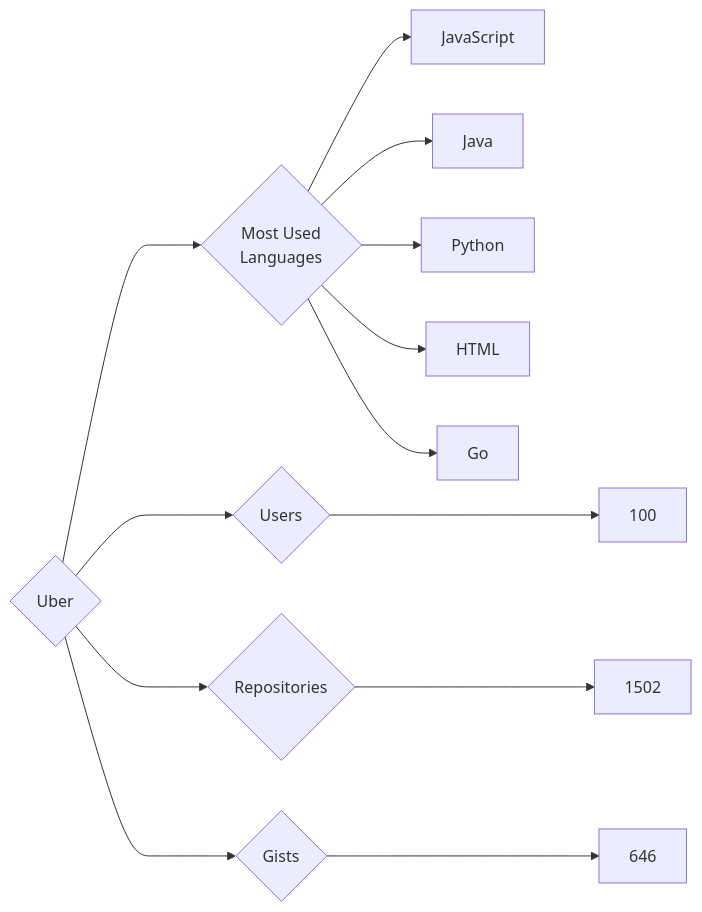
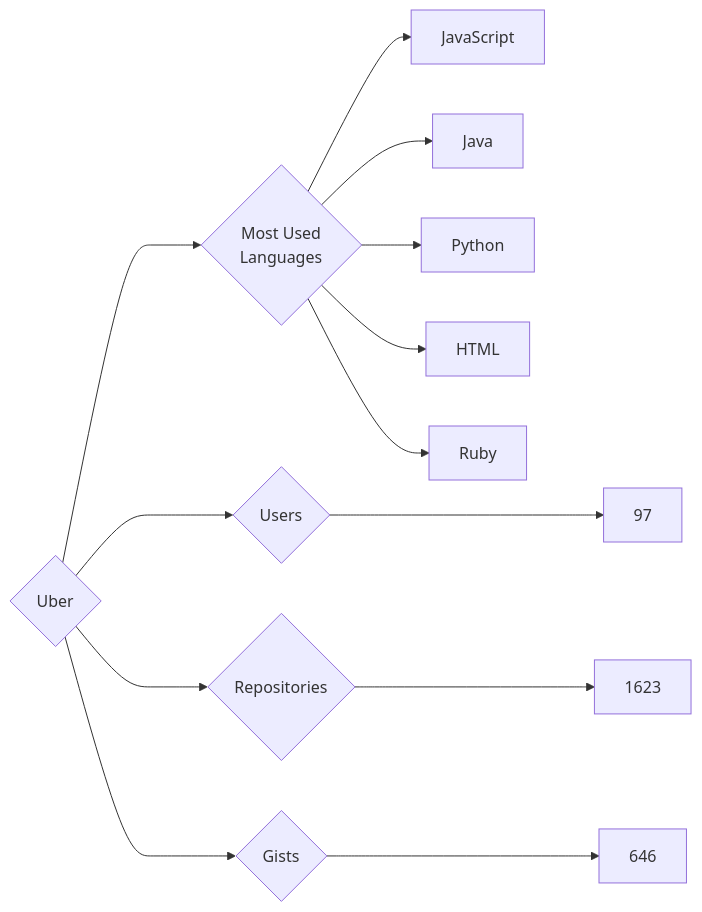
The diagram in targets/Uber/README.md (trickest/insiders), drawn with Mermaid before and after one commit. The commit also changed 823 other files, not shown here.

````diff
--- a/targets/Uber/README.md
+++ b/targets/Uber/README.md
@@ -3,13 +3,13 @@
 ```mermaid
 graph LR
 COMPANY_NAME{Uber}
-COMPANY_NAME ---> U{Users} ---> UN[100]
-COMPANY_NAME ---> R{Repositories} ---> RN[1502]
+COMPANY_NAME ---> U{Users} ---> UN[97]
+COMPANY_NAME ---> R{Repositories} ---> RN[1623]
 COMPANY_NAME ---> G{Gists} ---> GN[646]
 COMPANY_NAME ---> ML{Most Used<br>Languages}
 ML --> JavaScript[JavaScript]
 ML --> Java[Java]
 ML --> Python[Python]
 ML --> HTML[HTML]
-ML --> Go[Go]
+ML --> Ruby[Ruby]
 ```
````
